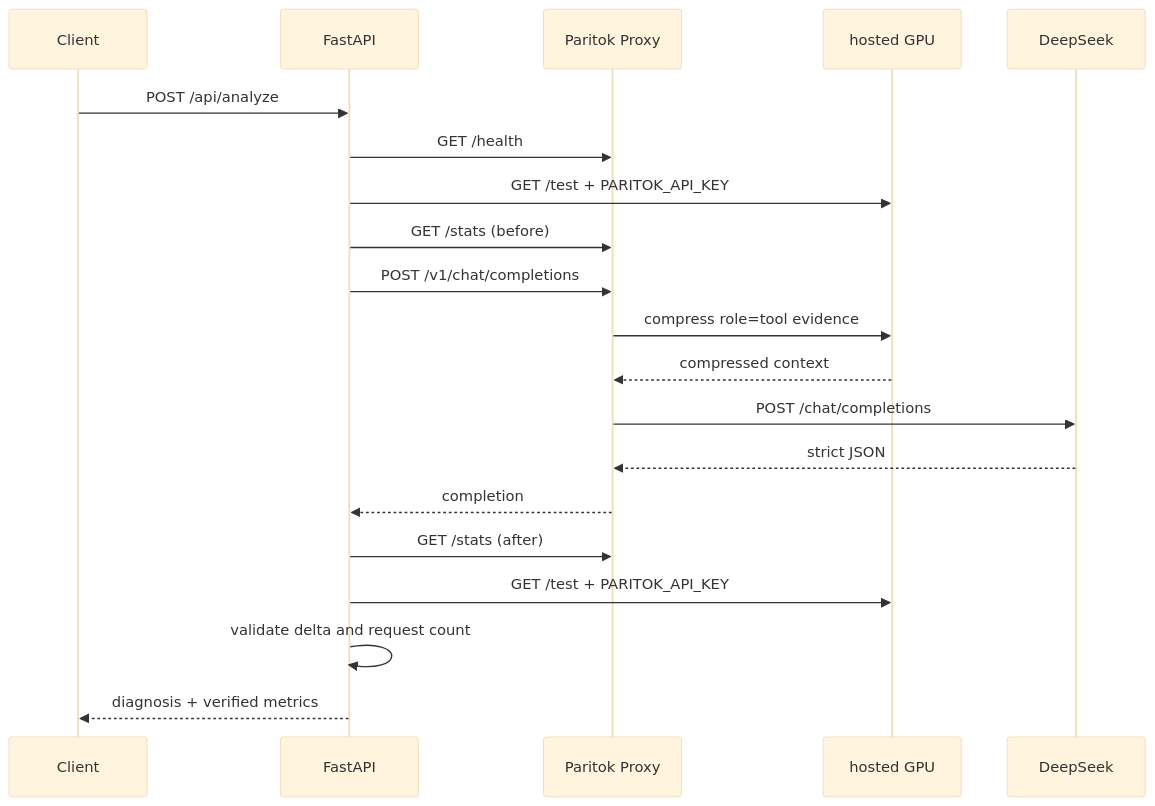
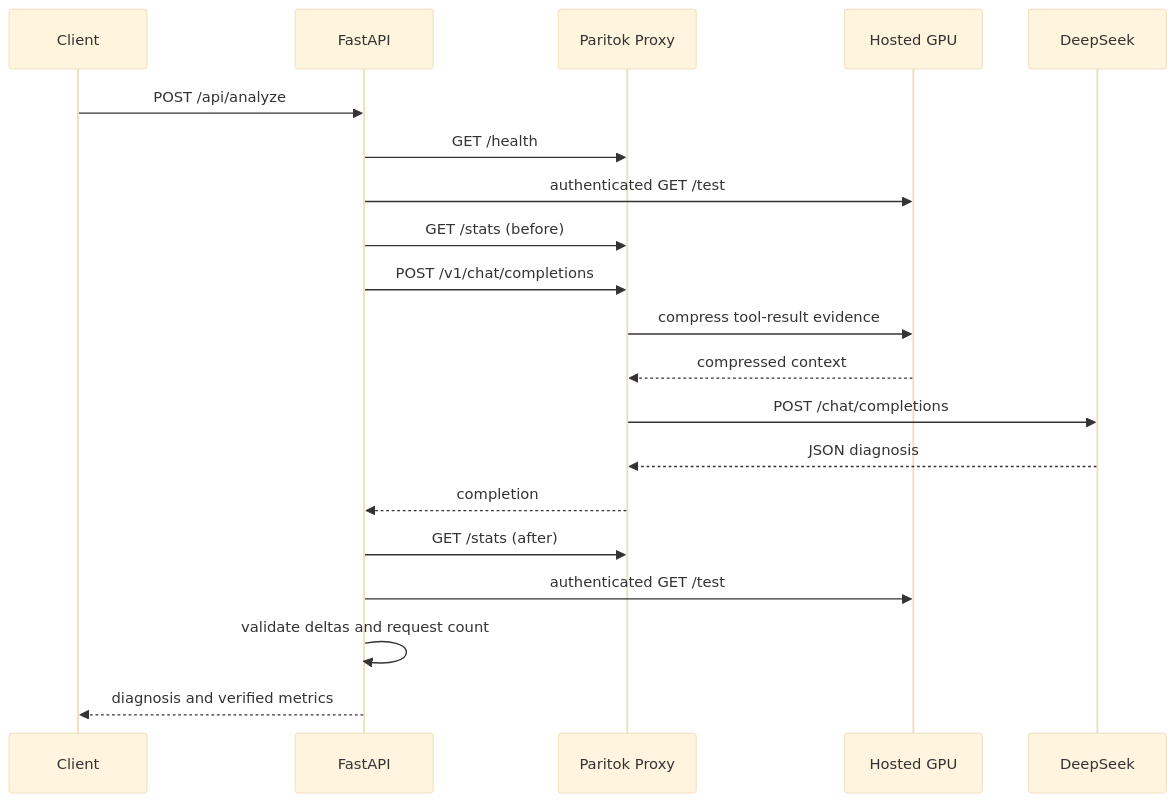
The second of 2 diagrams in docs/ARCHITECTURE.md (Gxinxin-sudo/LeanCI), drawn with Mermaid (base theme) before and after one commit. The commit also changed other lines of this file and 30 other files, not shown here.

````diff
--- a/docs/ARCHITECTURE.md
+++ b/docs/ARCHITECTURE.md
@@ -84,23 +89,23 @@
 ```mermaid
 sequenceDiagram
     participant C as Client
     participant A as FastAPI
     participant P as Paritok Proxy
-    participant G as hosted GPU
+    participant G as Hosted GPU
     participant D as DeepSeek
 
     C->>A: POST /api/analyze
     A->>P: GET /health
-    A->>G: GET /test + PARITOK_API_KEY
+    A->>G: authenticated GET /test
     A->>P: GET /stats (before)
     A->>P: POST /v1/chat/completions
-    P->>G: compress role=tool evidence
+    P->>G: compress tool-result evidence
     G-->>P: compressed context
     P->>D: POST /chat/completions
-    D-->>P: strict JSON
+    D-->>P: JSON diagnosis
     P-->>A: completion
     A->>P: GET /stats (after)
-    A->>G: GET /test + PARITOK_API_KEY
-    A->>A: validate delta and request count
-    A-->>C: diagnosis + verified metrics
+    A->>G: authenticated GET /test
+    A->>A: validate deltas and request count
+    A-->>C: diagnosis and verified metrics
 ```
````
